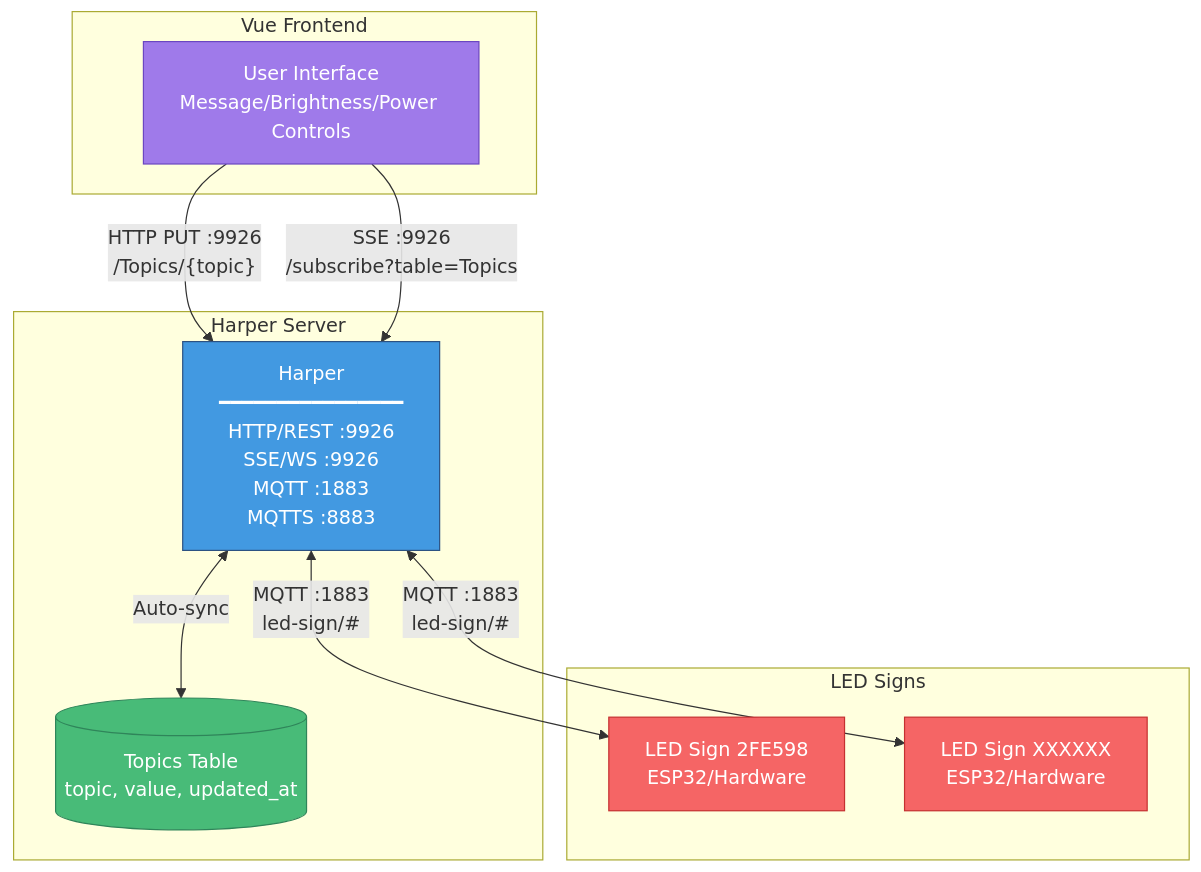
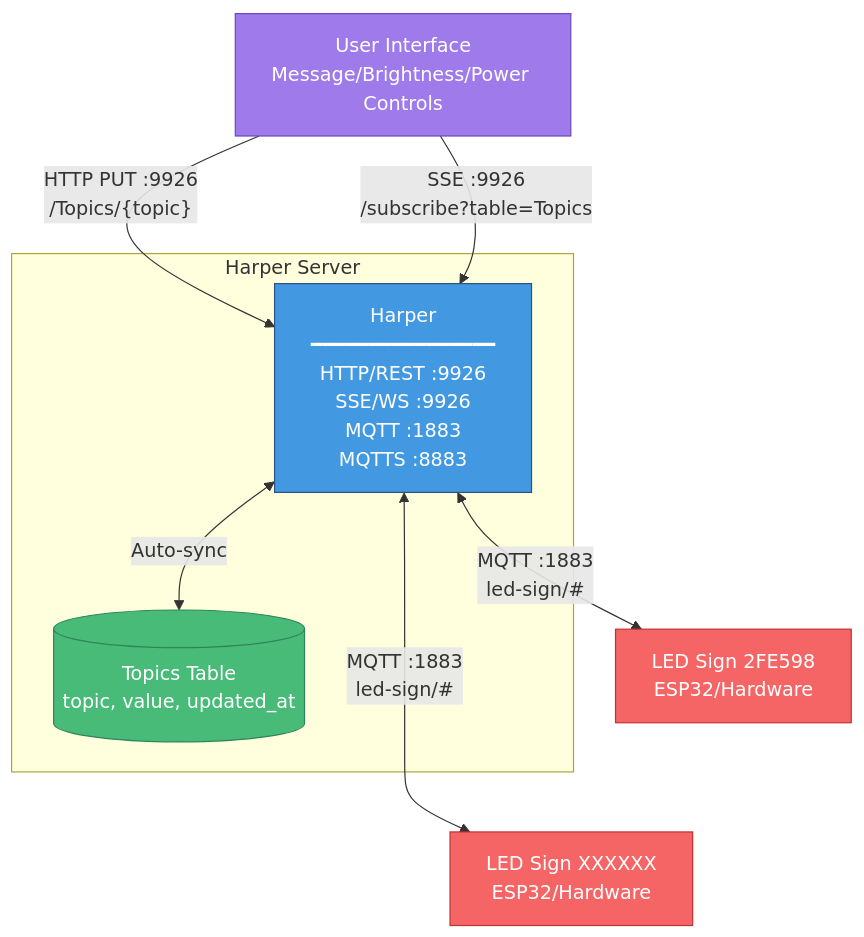
Before and after one commit to HarperFast/realtime-pubsub-example: the diagram in README.md, drawn with Mermaid. The commit also changed 3 other files, not shown here.

First line of the commit message:
Stack LED signs vertically in architecture diagram

````diff
--- a/README.md
+++ b/README.md
@@ -17,28 +17,25 @@
 ```mermaid
 graph TB
-    subgraph "Vue Frontend"
-        UI[User Interface<br/>Message/Brightness/Power Controls]
-    end
+    UI[User Interface<br/>Message/Brightness/Power Controls]
 
     subgraph "Harper Server"
         HARPER["Harper<br/>━━━━━━━━━━━━━━━━<br/>HTTP/REST :9926<br/>SSE/WS :9926<br/>MQTT :1883<br/>MQTTS :8883"]
         DB[(Topics Table<br/>topic, value, updated_at)]
         HARPER <-->|Auto-sync| DB
     end
 
-    subgraph "LED Signs"
-        SIGN1[LED Sign 2FE598<br/>ESP32/Hardware]
-        SIGN2[LED Sign XXXXXX<br/>ESP32/Hardware]
-    end
+    SIGN1[LED Sign 2FE598<br/>ESP32/Hardware]
+    SIGN2[LED Sign XXXXXX<br/>ESP32/Hardware]
 
     UI -->|"HTTP PUT :9926<br/>/Topics/{topic}"| HARPER
     UI -->|"SSE :9926<br/>/subscribe?table=Topics"| HARPER
     HARPER <-->|"MQTT :1883<br/>led-sign/#"| SIGN1
     HARPER <-->|"MQTT :1883<br/>led-sign/#"| SIGN2
+    SIGN1 ~~~ SIGN2
 
     style UI fill:#9f7aea,stroke:#6b46c1,color:#fff
     style HARPER fill:#4299e1,stroke:#2c5282,color:#fff
     style DB fill:#48bb78,stroke:#2f855a,color:#fff
     style SIGN1 fill:#f56565,stroke:#c53030,color:#fff
     style SIGN2 fill:#f56565,stroke:#c53030,color:#fff
 ```
````
